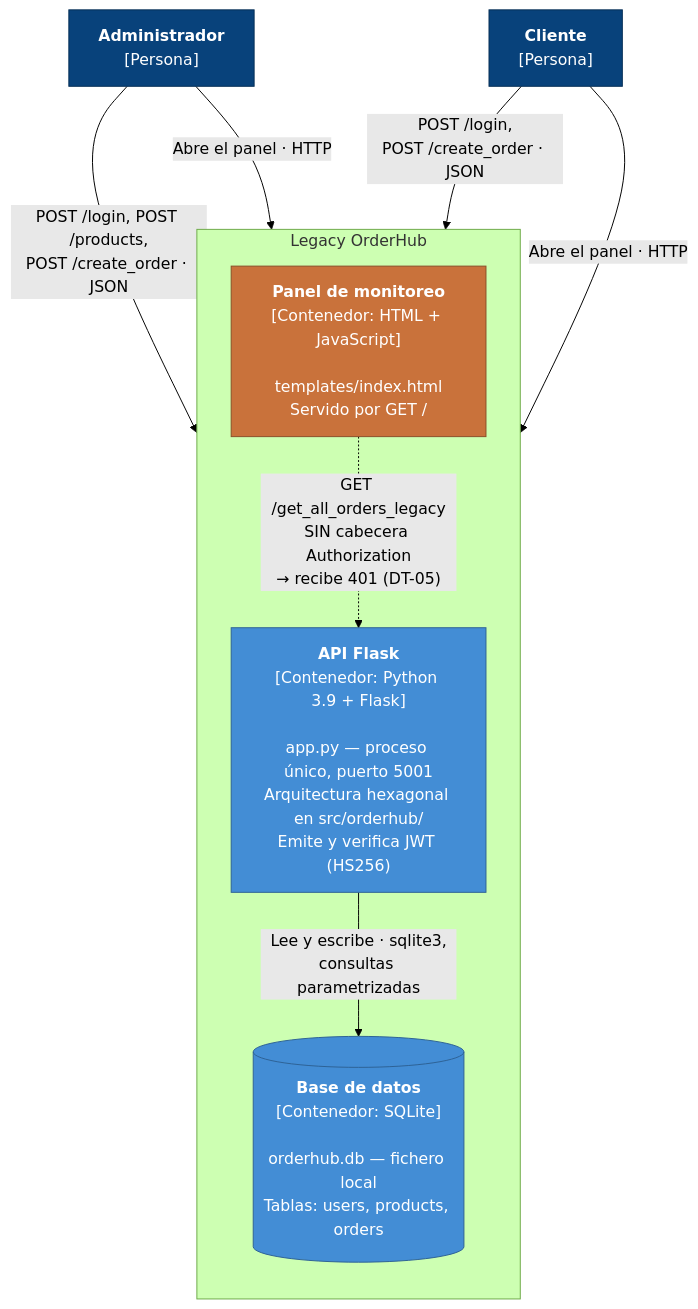
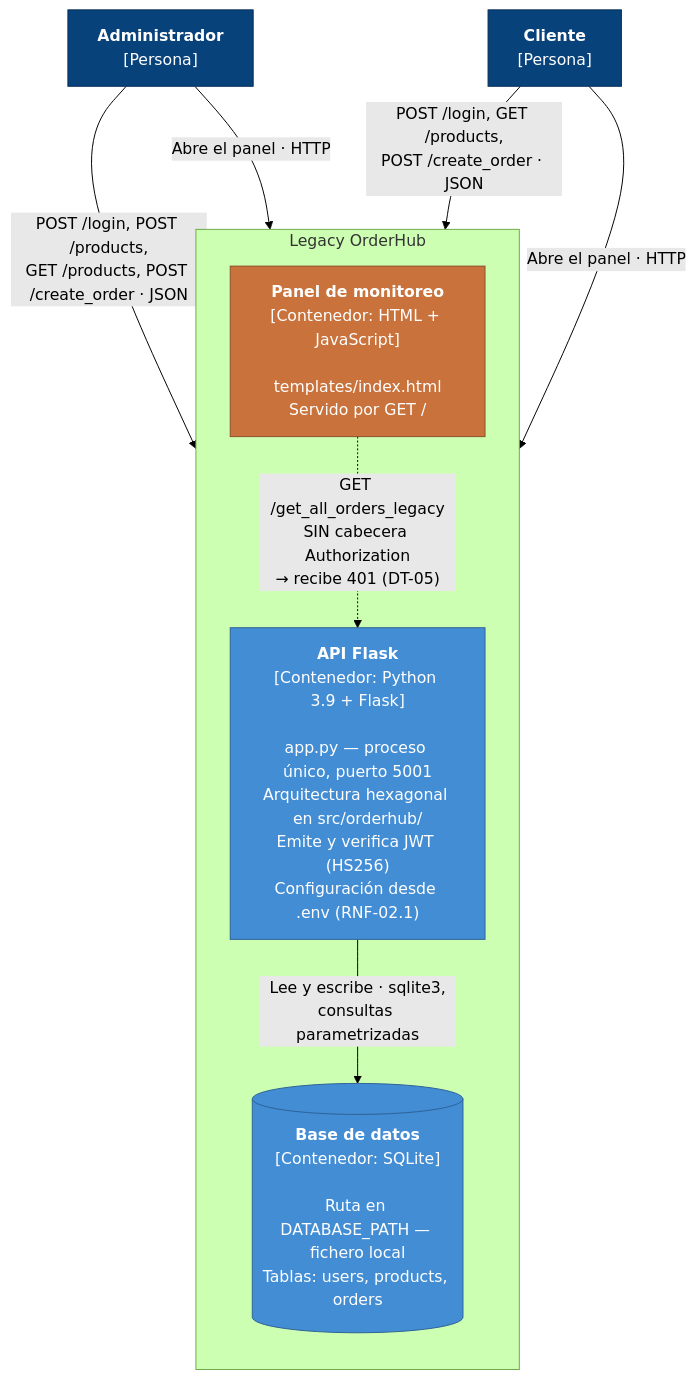
The second of 6 diagrams in docs/ARCHITECTURE.md (juancardonaie/legacy-order-hub), drawn with Mermaid (forest theme) before and after one commit. The commit also changed other lines of this file and 28 other files, not shown here.

````diff
--- a/docs/ARCHITECTURE.md
+++ b/docs/ARCHITECTURE.md
@@ -220,30 +237,30 @@
 ```mermaid
 flowchart TB
     admin["<b>Administrador</b><br/>[Persona]"]
     cliente["<b>Cliente</b><br/>[Persona]"]
 
     subgraph sistema ["Legacy OrderHub"]
         direction TB
         panel["<b>Panel de monitoreo</b><br/>[Contenedor: HTML + JavaScript]<br/><br/>templates/index.html<br/>Servido por GET /"]
-        api["<b>API Flask</b><br/>[Contenedor: Python 3.9 + Flask]<br/><br/>app.py — proceso único, puerto 5001<br/>Arquitectura hexagonal en src/orderhub/<br/>Emite y verifica JWT (HS256)"]
-        db[("<b>Base de datos</b><br/>[Contenedor: SQLite]<br/><br/>orderhub.db — fichero local<br/>Tablas: users, products, orders")]
+        api["<b>API Flask</b><br/>[Contenedor: Python 3.9 + Flask]<br/><br/>app.py — proceso único, puerto 5001<br/>Arquitectura hexagonal en src/orderhub/<br/>Emite y verifica JWT (HS256)<br/>Configuración desde .env (RNF-02.1)"]
+        db[("<b>Base de datos</b><br/>[Contenedor: SQLite]<br/><br/>Ruta en DATABASE_PATH — fichero local<br/>Tablas: users, products, orders")]
     end
 
-    admin -->|"POST /login, POST /products,<br/>POST /create_order · JSON"| api
-    cliente -->|"POST /login,<br/>POST /create_order · JSON"| api
+    admin -->|"POST /login, POST /products,<br/>GET /products, POST /create_order · JSON"| api
+    cliente -->|"POST /login, GET /products,<br/>POST /create_order · JSON"| api
     admin -->|"Abre el panel · HTTP"| panel
     cliente -->|"Abre el panel · HTTP"| panel
 
     panel -.->|"GET /get_all_orders_legacy<br/>SIN cabecera Authorization<br/>→ recibe 401 (DT-05)"| api
     api -->|"Lee y escribe · sqlite3,<br/>consultas parametrizadas"| db
 
     classDef persona fill:#08427b,stroke:#052e56,color:#ffffff
     classDef contenedor fill:#438dd5,stroke:#2e6295,color:#ffffff
     classDef almacen fill:#438dd5,stroke:#2e6295,color:#ffffff
     classDef roto fill:#c9723b,stroke:#8a4e28,color:#ffffff
 
     class admin,cliente persona
     class api contenedor
     class db almacen
     class panel roto
 ```
````
